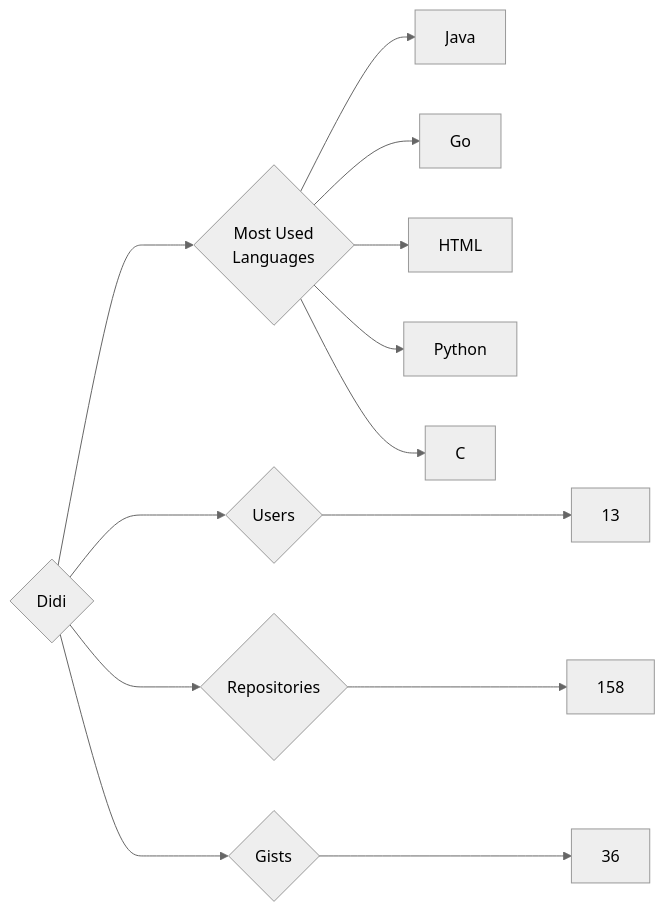
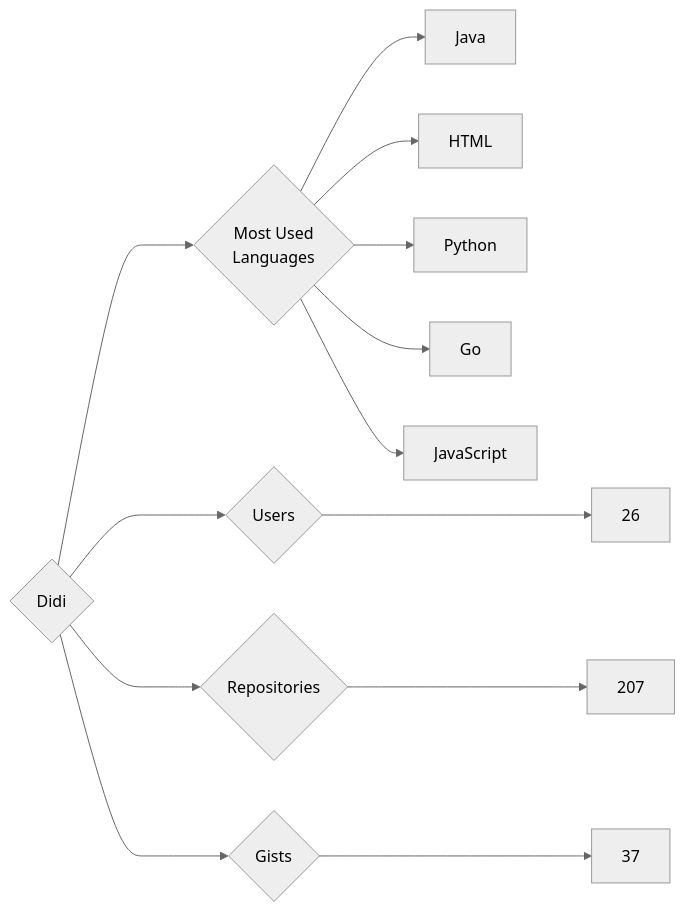
Before and after one commit to trickest/insiders: the diagram in targets/Didi/README.md, drawn with Mermaid (neutral theme). The commit also changed 782 other files, not shown here.

````diff
--- a/targets/Didi/README.md
+++ b/targets/Didi/README.md
@@ -3,13 +3,13 @@
 ```mermaid
 graph LR
 COMPANY_NAME{Didi}
-COMPANY_NAME ---> U{Users} ---> UN[13]
-COMPANY_NAME ---> R{Repositories} ---> RN[158]
-COMPANY_NAME ---> G{Gists} ---> GN[36]
+COMPANY_NAME ---> U{Users} ---> UN[26]
+COMPANY_NAME ---> R{Repositories} ---> RN[207]
+COMPANY_NAME ---> G{Gists} ---> GN[37]
 COMPANY_NAME ---> ML{Most Used<br>Languages}
 ML --> Java[Java]
-ML --> Go[Go]
 ML --> HTML[HTML]
 ML --> Python[Python]
-ML --> C[C]
+ML --> Go[Go]
+ML --> JavaScript[JavaScript]
 ```
````
